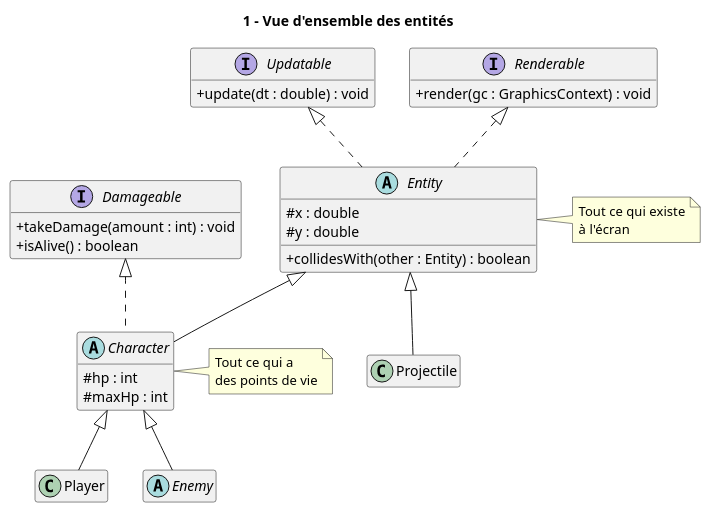
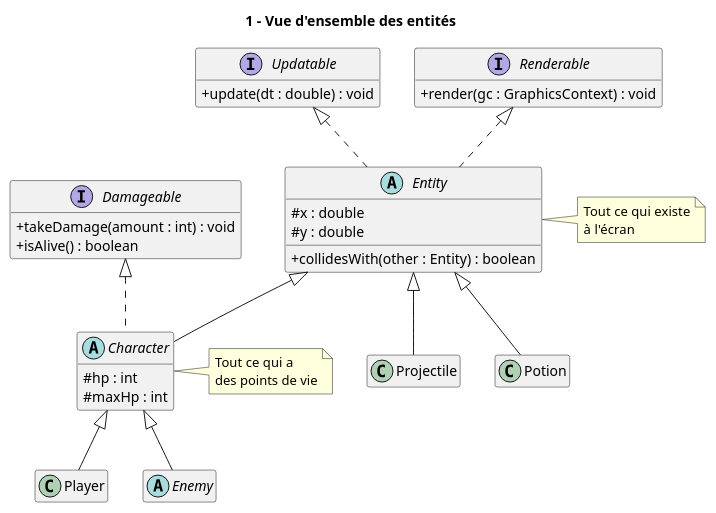
One commit to MeghCH/2d-Game-Natural-Fatal-IA changed the diagram in Docs/Diagrammes/1_vue_ensemble.puml. Above: the diagram before and after it, drawn with PlantUML. The commit also changed 2 other files, not shown here.

Commit message:
Fix; diagrammes

```diff
--- a/Docs/Diagrammes/1_vue_ensemble.puml
+++ b/Docs/Diagrammes/1_vue_ensemble.puml
@@ -1,54 +1,56 @@
 @startuml 1_vue_ensemble
 title 1 - Vue d'ensemble des entités
 
 skinparam classAttributeIconSize 0
 skinparam shadowing false
 hide empty members
 
 interface Updatable {
   + update(dt : double) : void
 }
 
 interface Renderable {
   + render(gc : GraphicsContext) : void
 }
 
 interface Damageable {
   + takeDamage(amount : int) : void
   + isAlive() : boolean
 }
 
 abstract class Entity {
   # x : double
   # y : double
   + collidesWith(other : Entity) : boolean
 }
 
 abstract class Character {
   # hp : int
   # maxHp : int
 }
 
 class Projectile
 class Player
 abstract class Enemy
+class Potion
 
 Updatable <|.. Entity
 Renderable <|.. Entity
 Entity <|-- Character
 Entity <|-- Projectile
 Damageable <|.. Character
 Character <|-- Player
 Character <|-- Enemy
+Entity <|-- Potion
 
 note right of Entity
   Tout ce qui existe
   à l'écran
 end note
 
 note right of Character
   Tout ce qui a
   des points de vie
 end note
 
 @enduml
```
